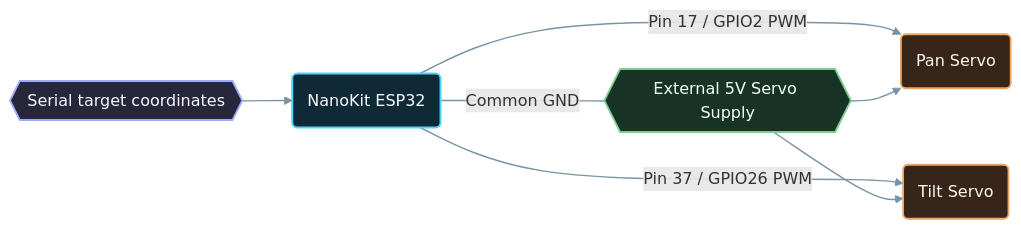
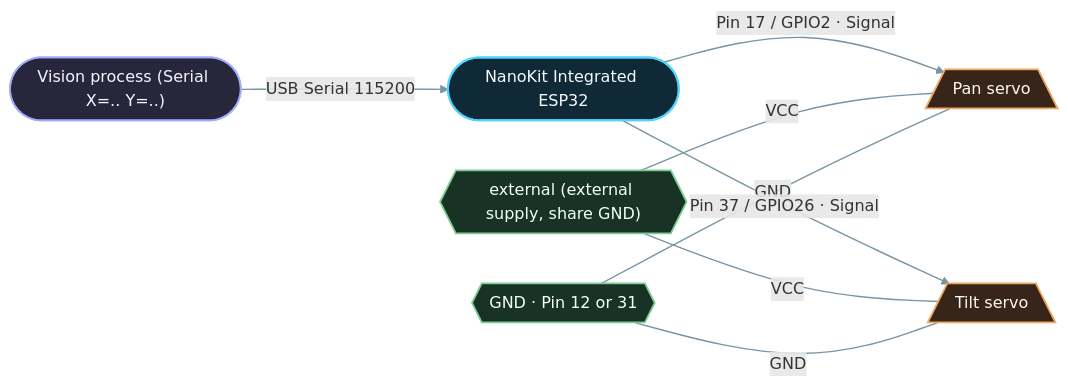
The diagram in examples_on_platformio/camera_tracking/images/connection-diagram.md (ProAmineOfficial/NanoKit-ESP32), drawn with Mermaid before and after one commit. The commit also changed other lines of this file and 97 other files, not shown here.

````diff
--- a/examples_on_platformio/camera_tracking/images/connection-diagram.md
+++ b/examples_on_platformio/camera_tracking/images/connection-diagram.md
@@ -5,19 +7,38 @@
 ```mermaid
 flowchart LR
-  VISION{{Serial target coordinates}} --> NK("NanoKit ESP32")
-  NK -->|Pin 17 / GPIO2 PWM| PAN("Pan Servo")
-  NK -->|Pin 37 / GPIO26 PWM| TILT("Tilt Servo")
-  SUPPLY{{External 5V Servo Supply}} --> PAN
-  SUPPLY --> TILT
-  NK ---|Common GND| SUPPLY
+  FW_main(["NanoKit Integrated ESP32"])
+  C_pan_servo[/"Pan servo"\]
+  FW_main -->|"Pin 17 / GPIO2 · Signal"| C_pan_servo
+  RAIL_external ---|"VCC"| C_pan_servo
+  RAIL_GND ---|"GND"| C_pan_servo
+  C_tilt_servo[/"Tilt servo"\]
+  FW_main -->|"Pin 37 / GPIO26 · Signal"| C_tilt_servo
+  RAIL_external ---|"VCC"| C_tilt_servo
+  RAIL_GND ---|"GND"| C_tilt_servo
+  RAIL_GND{{"GND · Pin 12 or 31"}}
+  RAIL_external{{"external (external supply, share GND)"}}
+  X_vision(["Vision process (Serial X=.. Y=..)"])
+  X_vision -->|"USB Serial 115200"| FW_main
 
   classDef controller fill:#102936,stroke:#4dd4ff,stroke-width:2px,color:#f4fbff
+  classDef node fill:#12334c,stroke:#66d4ff,stroke-width:1.8px,color:#f3f7ff
+  classDef sensor fill:#221b34,stroke:#ad8cff,stroke-width:1.8px,color:#f7f0ff
+  classDef actuator fill:#37251a,stroke:#f0a560,stroke-width:1.8px,color:#fff8ef
+  classDef driver fill:#2e2116,stroke:#f0a24a,stroke-width:1.8px,color:#fff6eb
+  classDef storage fill:#2a2f3d,stroke:#9fb0c8,stroke-width:1.8px,color:#f3f7ff
+  classDef display fill:#3c2349,stroke:#e3a0ed,stroke-width:1.8px,color:#f3f7ff
+  classDef comm fill:#0d2929,stroke:#4ed6c4,stroke-width:1.8px,color:#edfffc
+  classDef power fill:#183326,stroke:#7ccd91,stroke-width:1.8px,color:#f4fff6
+  classDef bus fill:#1c2f4d,stroke:#8fb3ff,stroke-width:1.8px,color:#f3f7ff
   classDef external fill:#28263a,stroke:#9ea9ff,stroke-width:1.8px,color:#f7f6ff
-  classDef actuator fill:#37251a,stroke:#f0a560,stroke-width:1.8px,color:#fff8ef
-  classDef power fill:#183326,stroke:#7ccd91,stroke-width:1.8px,color:#f4fff6
-  class NK controller
-  class VISION external
-  class PAN,TILT actuator
-  class SUPPLY power
+  classDef other fill:#1f2430,stroke:#b0b8c6,stroke-width:1.6px,color:#f3f7ff
+  classDef proposed stroke-dasharray:6 4,stroke:#e0c45b,color:#fff9de
+  classDef blocked stroke-dasharray:3 3,stroke:#ef747d,color:#fff3f4
   linkStyle default stroke:#7894a5,stroke-width:1.4px
+  class FW_main controller
+  class C_pan_servo actuator
+  class C_tilt_servo actuator
+  class RAIL_GND power
+  class RAIL_external power
+  class X_vision external
 ```
````
